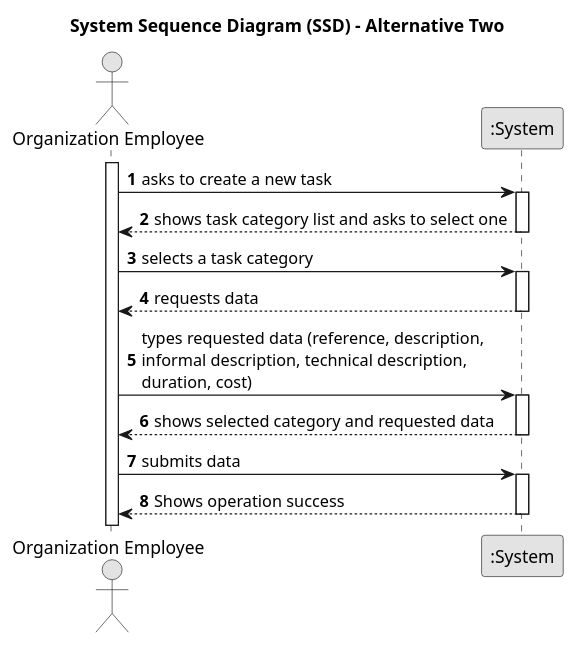
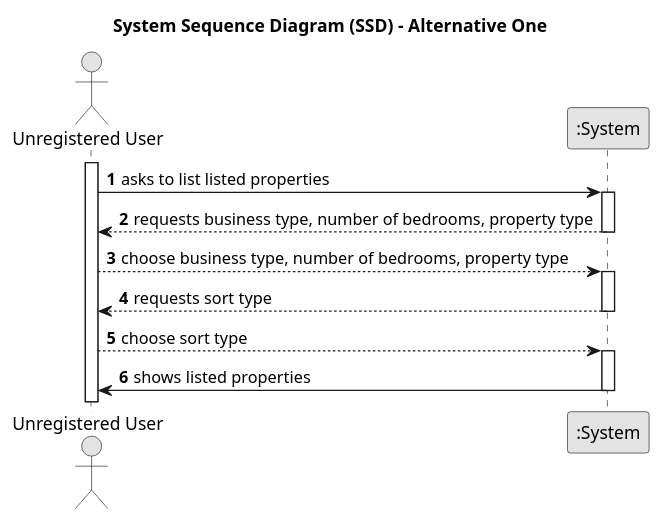
The diagram in docs/sprintA/us001/01.requirements-engineering/puml/us001-system-sequence-diagram-alternative-two.puml (PEDROMOREIRA45/lei-23-s2-1dg-g31), drawn with PlantUML before and after one commit. The commit also changed 9 other files, not shown here.

Commit message:
us001 Readme.md changes added alternative ssd

```diff
--- a/docs/sprintA/us001/01.requirements-engineering/puml/us001-system-sequence-diagram-alternative-two.puml
+++ b/docs/sprintA/us001/01.requirements-engineering/puml/us001-system-sequence-diagram-alternative-two.puml
@@ -1,39 +1,33 @@
 @startuml
 skinparam monochrome true
 skinparam packageStyle rectangle
 skinparam shadowing false
 
-title System Sequence Diagram (SSD) - Alternative Two
+title System Sequence Diagram (SSD) - Alternative One
 
 autonumber
 
-actor "Organization Employee" as Employee
+actor "Unregistered User" as User
 participant ":System" as System
 
-activate Employee
+activate User
 
-    Employee -> System : asks to create a new task
+        User -> System : asks to list listed properties
     activate System
 
-        System --> Employee : shows task category list and asks to select one
-        'System --> Employee : shows task categories list\n and requests data (reference,\ndescription,\ninformation description,\ntechnical description,\nduration, cost)
+        System --> User : requests business type, number of bedrooms, property type
     deactivate System
 
-    Employee -> System : selects a task category
+        User --> System : choose business type, number of bedrooms, property type
     activate System
 
-        System --> Employee : requests data
+        System --> User : requests sort type
+        deactivate System
+
+        User --> System : choose sort type
+    activate System
+
+        System -> User : shows listed properties
     deactivate System
 
-    Employee -> System : types requested data (reference, description, \ninformal description, technical description,\nduration, cost)
-    activate System
-
-        System --> Employee : shows selected category and requested data
-    deactivate System
-
-    Employee -> System : submits data
-    activate System
-
-        System --> Employee : Shows operation success
-    deactivate System
 @enduml
```
